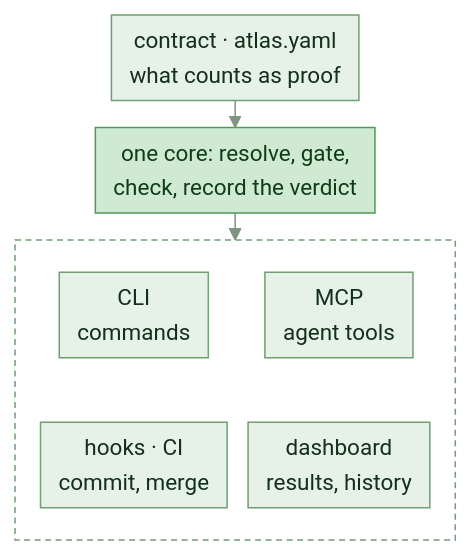
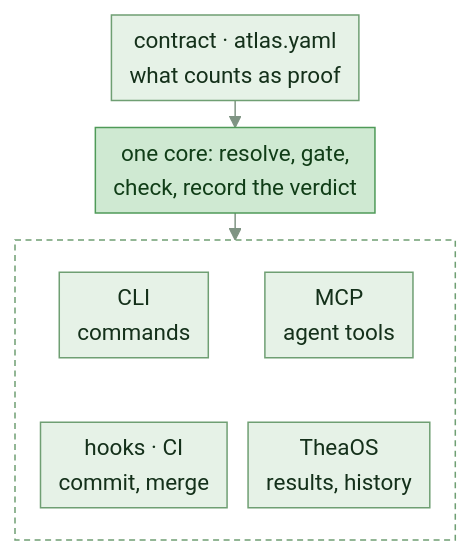
One commit to HLIntel/Headron changed the diagram in README.md. Above: the diagram before and after it, drawn with Mermaid. The commit also changed 15 other files, not shown here.

First line of the commit message:
TheaOS replaces "Thea Dashboard"; the model bundle lives in thea's own home

````diff
--- a/README.md
+++ b/README.md
@@ -40,30 +40,30 @@
 ```mermaid
 ---
 config:
   theme: base
   themeVariables:
     primaryColor: "#e6f2e7"
     primaryBorderColor: "#6f9f73"
     primaryTextColor: "#14301a"
     lineColor: "#7f9483"
     fontSize: "15px"
   flowchart:
     padding: 6
     nodeSpacing: 14
     rankSpacing: 18
 ---
 flowchart TB
   accTitle: How Thea is built
-  accDescr: the contract says what must be checked and what counts as proof, one core resolves the file, selects its gates, runs the checks and records the verdict, and the CLI, MCP, hooks with CI and the dashboard all reach that one core
+  accDescr: the contract says what must be checked and what counts as proof, one core resolves the file, selects its gates, runs the checks and records the verdict, and the CLI, MCP, hooks with CI and the TheaOS all reach that one core
   R[contract · atlas.yaml<br>what counts as proof] --> C[one core: resolve, gate,<br>check, record the verdict]
   C --> doors
   subgraph doors [ ]
     direction TB
     L[CLI<br>commands] ~~~ H[hooks · CI<br>commit, merge]
-    P[MCP<br>agent tools] ~~~ B[dashboard<br>results, history]
+    P[MCP<br>agent tools] ~~~ B[TheaOS<br>results, history]
   end
   classDef core fill:#cfe9d2,stroke:#4f9a58,color:#103d17
   class C core
   classDef band fill:none,stroke:#6f9f73,stroke-dasharray:4 3
   class doors band
 ```
````
